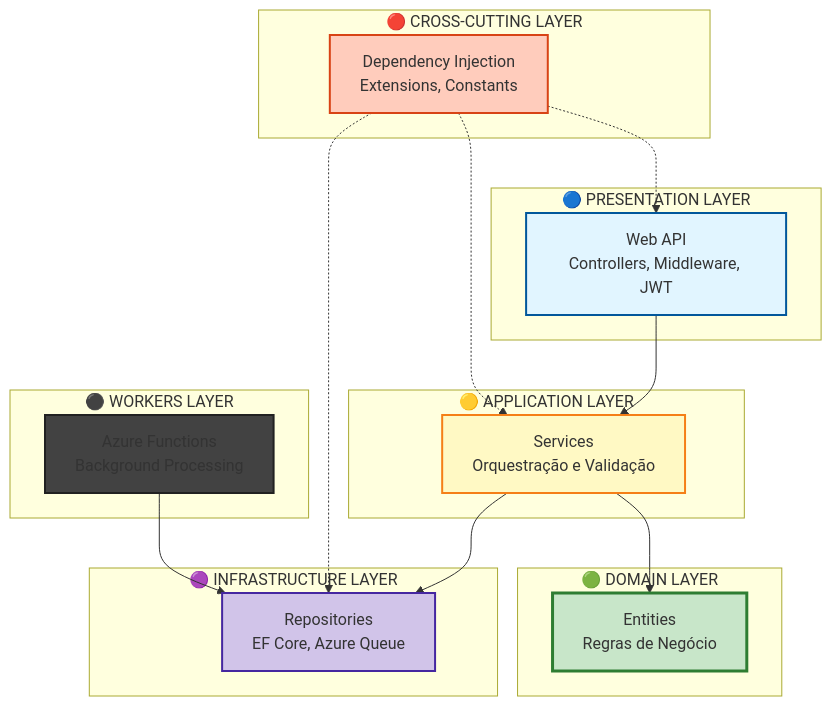
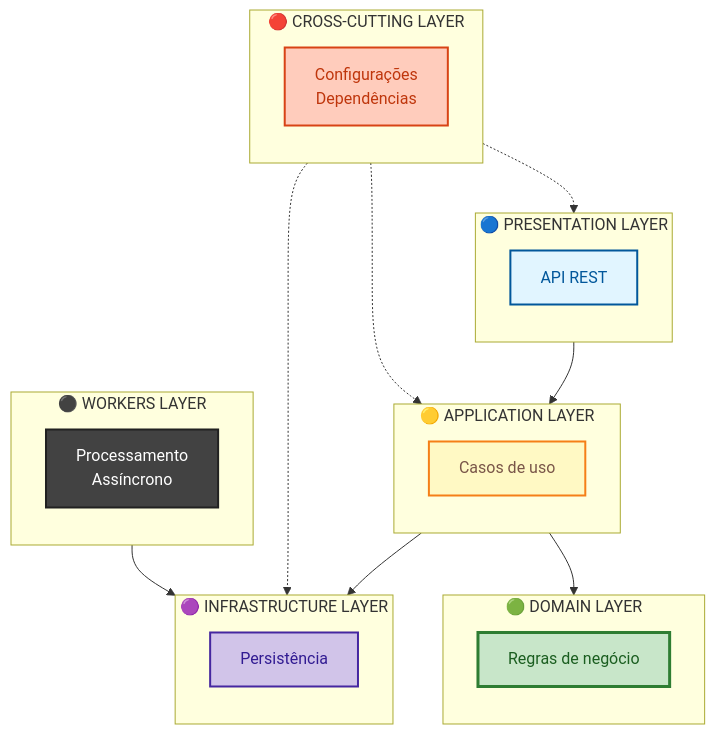
The first of 4 diagrams in README.md (LucasEsteves2/QuestionarioOnline_Ifnet), drawn with Mermaid before and after one commit. The commit also changed other lines of this file and 12 other files, not shown here.

````diff
--- a/README.md
+++ b/README.md
@@ -182,41 +181,56 @@
 ```mermaid
 graph TB
+    %% Cross-Cutting (configura o sistema)
+    subgraph "🔴 CROSS-CUTTING LAYER"
+        direction TB
+        DI[Configurações<br/>Dependências]
+    end
+
+    %% Main architecture flow
     subgraph "🔵 PRESENTATION LAYER"
-        API[Web API<br/>Controllers, Middleware, JWT]
+        direction TB
+        API[API REST]
     end
 
     subgraph "🟡 APPLICATION LAYER"
-        Services[Services<br/>Orquestração e Validação]
+        direction TB
+        Services[Casos de uso]
     end
 
     subgraph "🟢 DOMAIN LAYER"
-        Entities[Entities<br/>Regras de Negócio]
+        direction TB
+        Domain[Regras de negócio]
     end
 
     subgraph "🟣 INFRASTRUCTURE LAYER"
-        Repos[Repositories<br/>EF Core, Azure Queue]
+        direction TB
+        Repos[Persistência]
     end
 
-    subgraph "🔴 CROSS-CUTTING LAYER"
-        DI[Dependency Injection<br/>Extensions, Constants]
+    %% Workers
+    subgraph "⚫ WORKERS LAYER"
+        direction TB
+        Functions[Processamento<br/>Assíncrono]
     end
 
-    subgraph "⚫ WORKERS LAYER"
-        Functions[Azure Functions<br/>Background Processing]
-    end
+    %% Execution / flow
+    API --> Services
+    Services --> Domain
+    Services --> Repos
+    Functions --> Repos
 
-    API --> Services
-    Services --> Entities
-    Services --> Repos
+    %% Structural dependencies (code-level)
     DI -.-> API
     DI -.-> Services
     DI -.-> Repos
-    Functions --> Repos
 
-    style Entities fill:#c8e6c9,stroke:#2e7d32,stroke-width:3px
-    style Services fill:#fff9c4,stroke:#f57f17,stroke-width:2px
-    style API fill:#e1f5ff,stroke:#01579b,stroke-width:2px
-    style Repos fill:#d1c4e9,stroke:#4527a0,stroke-width:2px
-    style DI fill:#ffccbc,stroke:#d84315,stroke-width:2px
-    style Functions fill:#424242,stroke:#212121,stroke-width:2px
+    %% Styles
+    style Domain fill:#c8e6c9,stroke:#2e7d32,stroke-width:3px,color:#1b5e20
+    style Services fill:#fff9c4,stroke:#f57f17,stroke-width:2px,color:#795548
+    style API fill:#e1f5ff,stroke:#01579b,stroke-width:2px,color:#01579b
+    style Repos fill:#d1c4e9,stroke:#4527a0,stroke-width:2px,color:#311b92
+    style DI fill:#ffccbc,stroke:#d84315,stroke-width:2px,color:#bf360c
+    style Functions fill:#424242,stroke:#212121,stroke-width:2px,color:#ffffff
+
+
 ```
````
